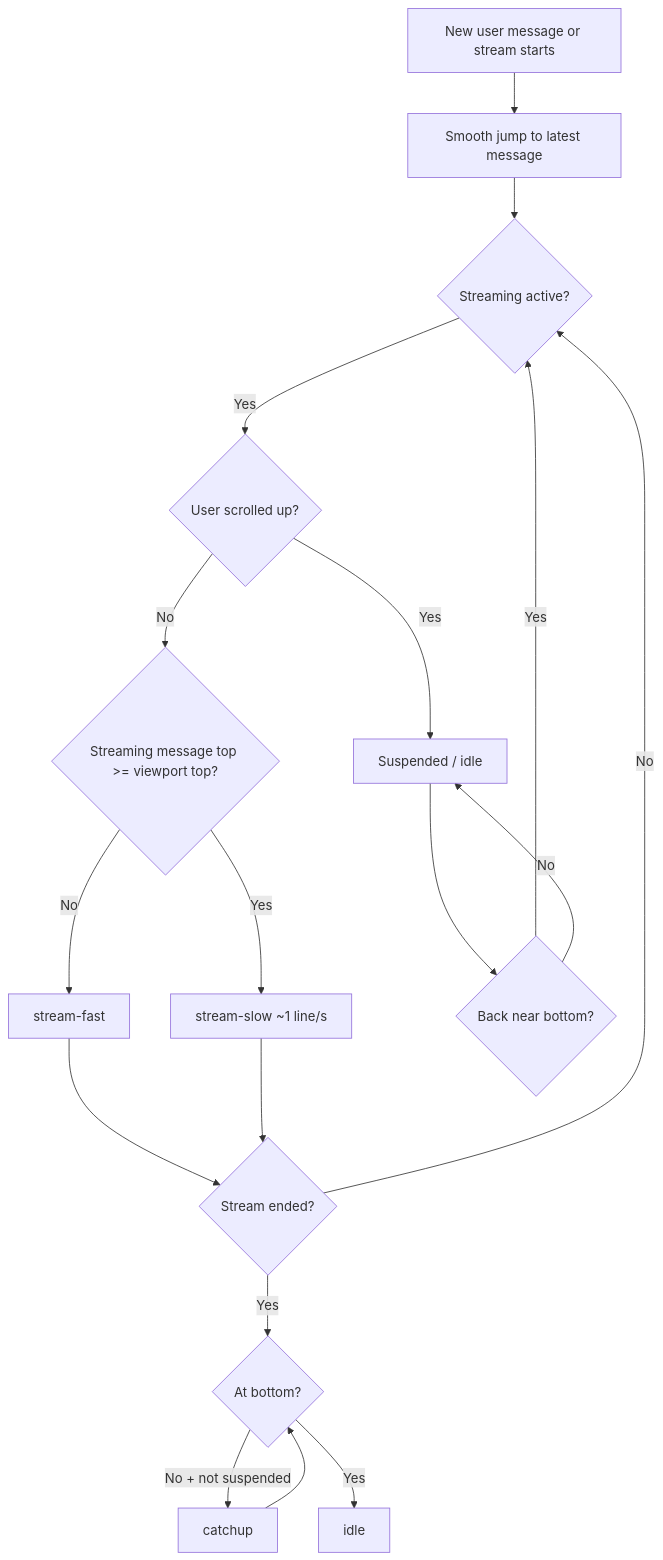
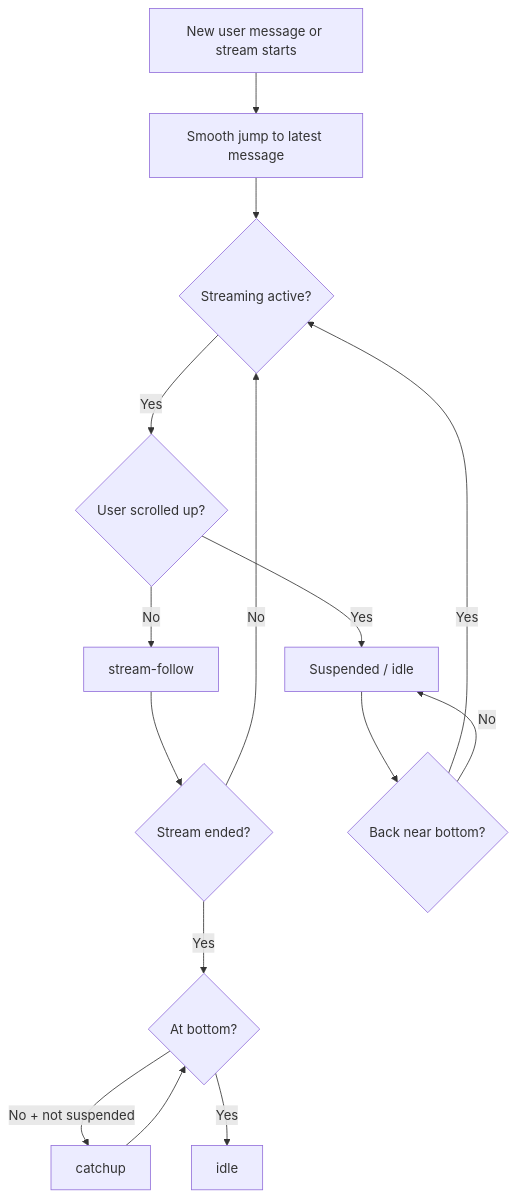
Before and after one commit to sbischoff-ai/exobrain: the diagram in apps/assistant-frontend/docs/chat-autoscroll.md, drawn with Mermaid. The commit also changed other lines of this file and 4 other files, not shown here.

````diff
--- a/apps/assistant-frontend/docs/chat-autoscroll.md
+++ b/apps/assistant-frontend/docs/chat-autoscroll.md
@@ -32,20 +29,17 @@
 ```mermaid
 flowchart TD
   A[New user message or stream starts] --> B[Smooth jump to latest message]
   B --> C{Streaming active?}
   C -->|Yes| D{User scrolled up?}
   D -->|Yes| E[Suspended / idle]
-  D -->|No| F{Streaming message top >= viewport top?}
-  F -->|No| G[stream-fast]
-  F -->|Yes| H[stream-slow ~1 line/s]
-  G --> I{Stream ended?}
-  H --> I
-  I -->|No| C
-  I -->|Yes| J{At bottom?}
-  J -->|No + not suspended| K[catchup]
-  K --> J
-  J -->|Yes| L[idle]
-  E --> M{Back near bottom?}
-  M -->|Yes| C
-  M -->|No| E
+  D -->|No| F[stream-follow]
+  F --> G{Stream ended?}
+  G -->|No| C
+  G -->|Yes| H{At bottom?}
+  H -->|No + not suspended| I[catchup]
+  I --> H
+  H -->|Yes| J[idle]
+  E --> K{Back near bottom?}
+  K -->|Yes| C
+  K -->|No| E
 ```
````
